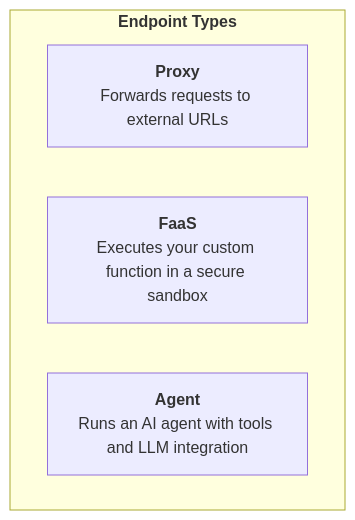
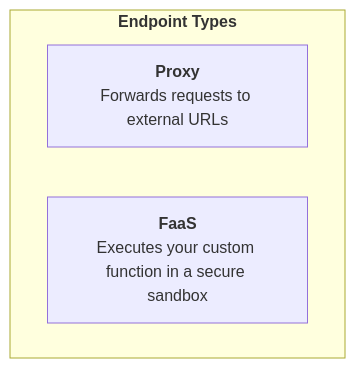
Before and after one commit to threadedstack/threadedstack: the first of 5 diagrams in docs/features/faas-endpoints.md, drawn with Mermaid. The commit also changed other lines of this file and 45 other files, not shown here.

````diff
--- a/docs/features/faas-endpoints.md
+++ b/docs/features/faas-endpoints.md
@@ -30,9 +30,8 @@
 ```mermaid
 flowchart LR
   subgraph Types["<b>Endpoint Types</b>"]
     direction LR
     Proxy["<b>Proxy</b><br/>Forwards requests to external URLs"]
     FaaS["<b>FaaS</b><br/>Executes your custom function in a secure sandbox"]
-    Agent["<b>Agent</b><br/>Runs an AI agent with tools and LLM integration"]
   end
 ```
````
